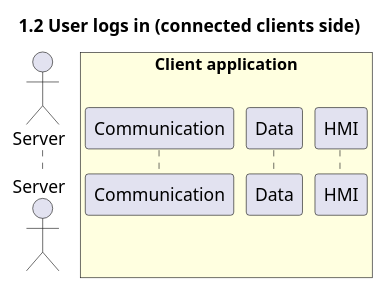
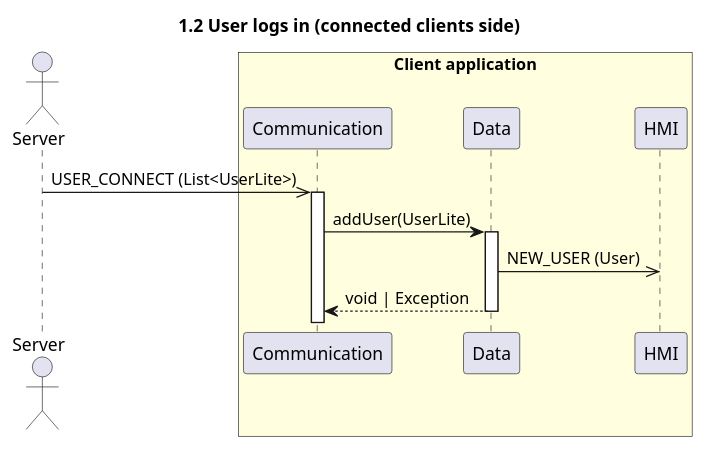
One commit to UTCAI12/Diagrams changed the diagram in sequence/1.2.user_logs_in_others.puml. Above: the diagram before and after it, drawn with PlantUML. The commit also changed 1 other file, not shown here.

Commit message:
Adding sequence diagrams 1.2 others and server

```diff
--- a/sequence/1.2.user_logs_in_others.puml
+++ b/sequence/1.2.user_logs_in_others.puml
@@ -1,11 +1,16 @@
 @startuml 1.2 User logs in (connected clients side)
 title 1.2 User logs in (connected clients side)
 
 actor "Server" as server
 box "Client application" #LightYellow
     participant "Communication" as com
     participant "Data" as data
     participant "HMI" as hmi
 end box
 
+server->>com++: USER_CONNECT (List<UserLite>)
+com->data++: addUser(UserLite)
+data->>hmi: NEW_USER (User)
+return void | Exception
+
 @enduml
```
